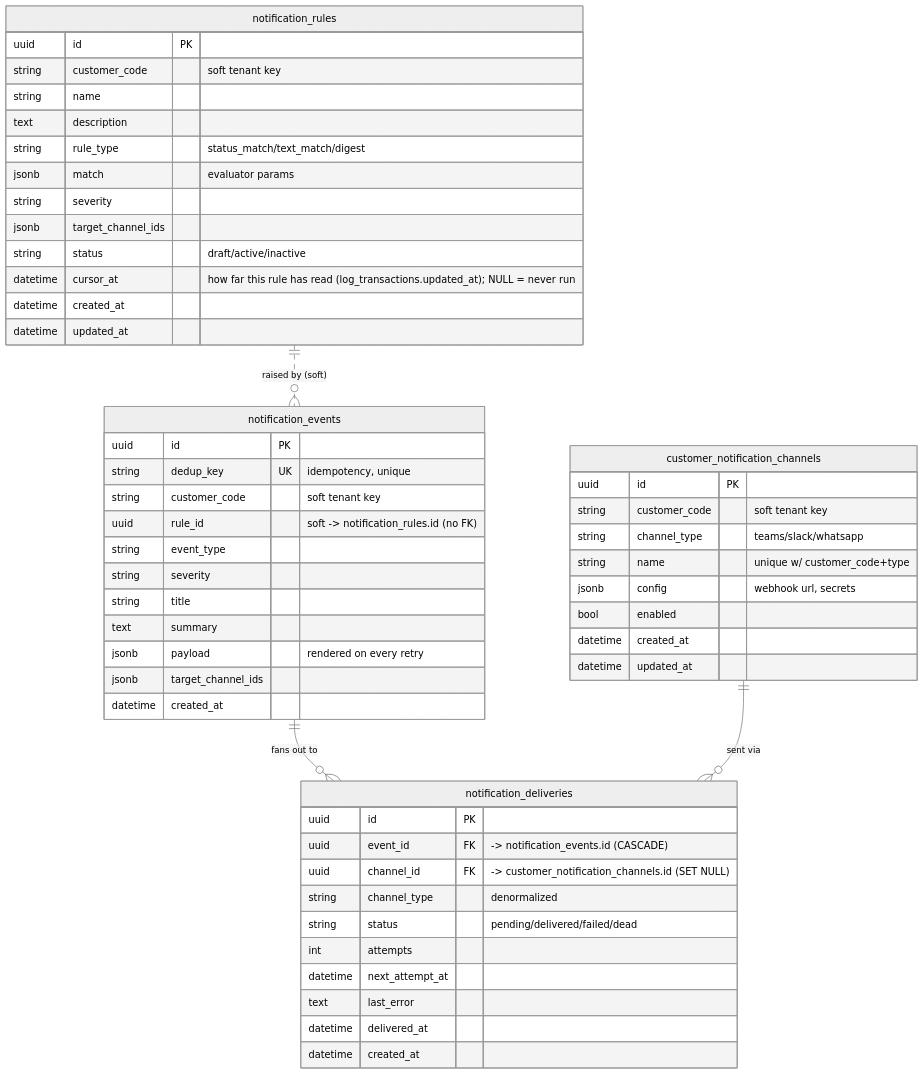
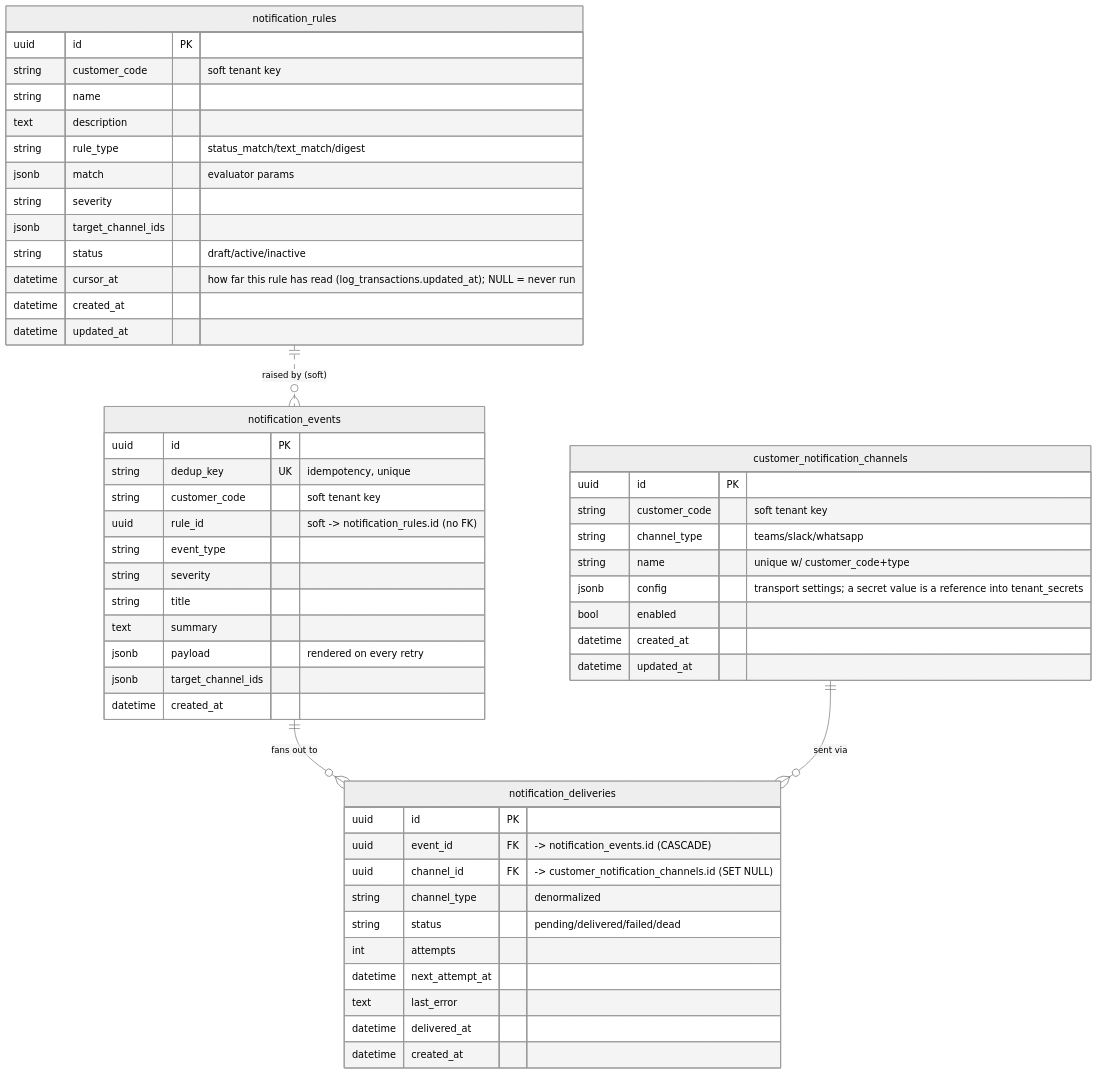
One commit to eamtalu/RAG-PipeLine changed the ninth of 15 diagrams in docs/database-er-diagram.md. Above: the diagram before and after it, drawn with Mermaid (neutral theme). The commit also changed other lines of this file and 18 other files, not shown here.

````diff
--- a/docs/database-er-diagram.md
+++ b/docs/database-er-diagram.md
@@ -700,59 +701,59 @@
 ```mermaid
 erDiagram
     customer_notification_channels {
         uuid id PK
         string customer_code "soft tenant key"
         string channel_type "teams/slack/whatsapp"
         string name "unique w/ customer_code+type"
-        jsonb config "webhook url, secrets"
+        jsonb config "transport settings; a secret value is a reference into tenant_secrets"
         bool enabled
         datetime created_at
         datetime updated_at
     }
 
     notification_rules {
         uuid id PK
         string customer_code "soft tenant key"
         string name
         text description
         string rule_type "status_match/text_match/digest"
         jsonb match "evaluator params"
         string severity
         jsonb target_channel_ids
         string status "draft/active/inactive"
         datetime cursor_at "how far this rule has read (log_transactions.updated_at); NULL = never run"
         datetime created_at
         datetime updated_at
     }
 
     notification_events {
         uuid id PK
         string dedup_key UK "idempotency, unique"
         string customer_code "soft tenant key"
         uuid rule_id "soft -> notification_rules.id (no FK)"
         string event_type
         string severity
         string title
         text summary
         jsonb payload "rendered on every retry"
         jsonb target_channel_ids
         datetime created_at
     }
 
     notification_deliveries {
         uuid id PK
         uuid event_id FK "-> notification_events.id (CASCADE)"
         uuid channel_id FK "-> customer_notification_channels.id (SET NULL)"
         string channel_type "denormalized"
         string status "pending/delivered/failed/dead"
         int attempts
         datetime next_attempt_at
         text last_error
         datetime delivered_at
         datetime created_at
     }
 
     notification_events ||--o{ notification_deliveries : "fans out to"
     customer_notification_channels ||--o{ notification_deliveries : "sent via"
     notification_rules ||..o{ notification_events : "raised by (soft)"
 ```
````
